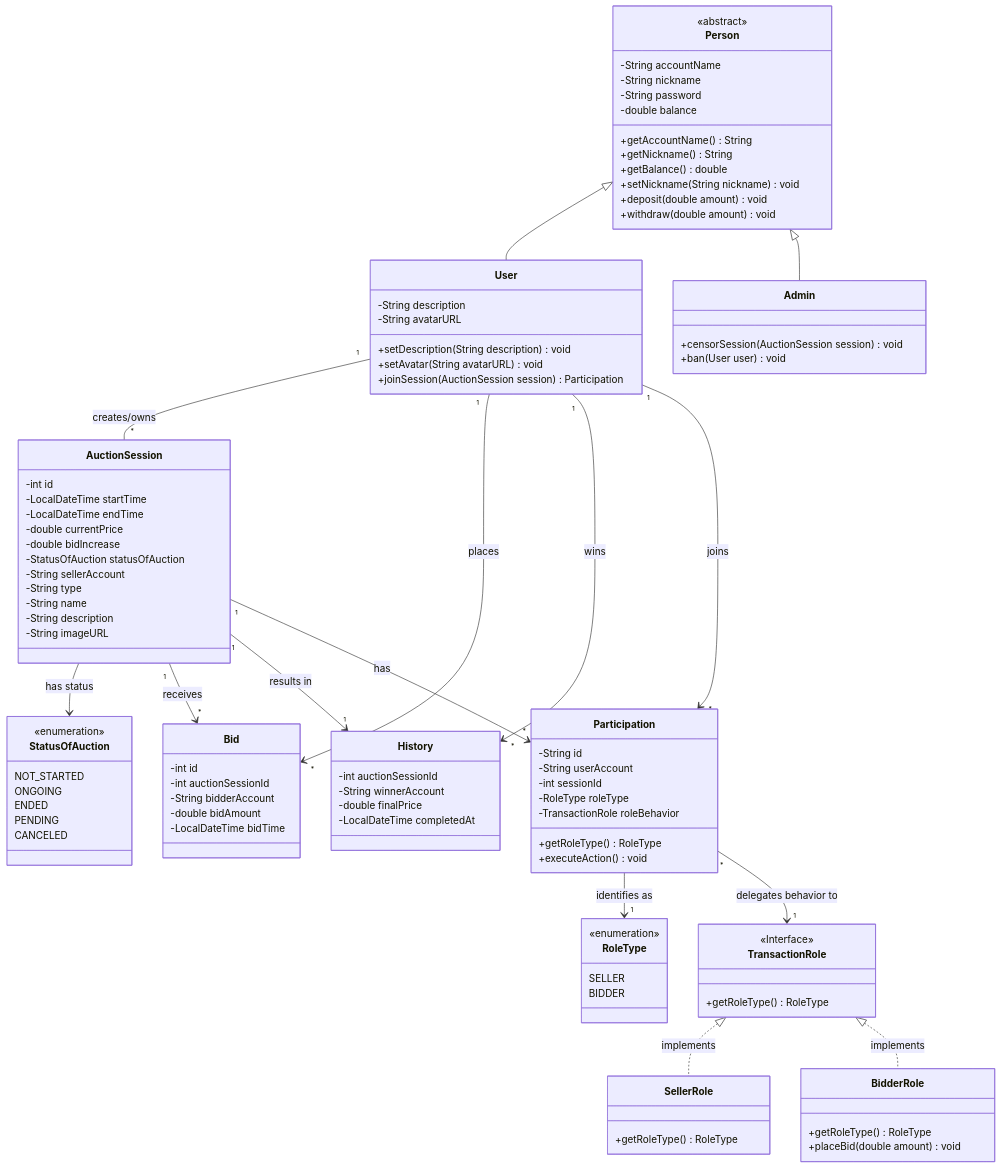
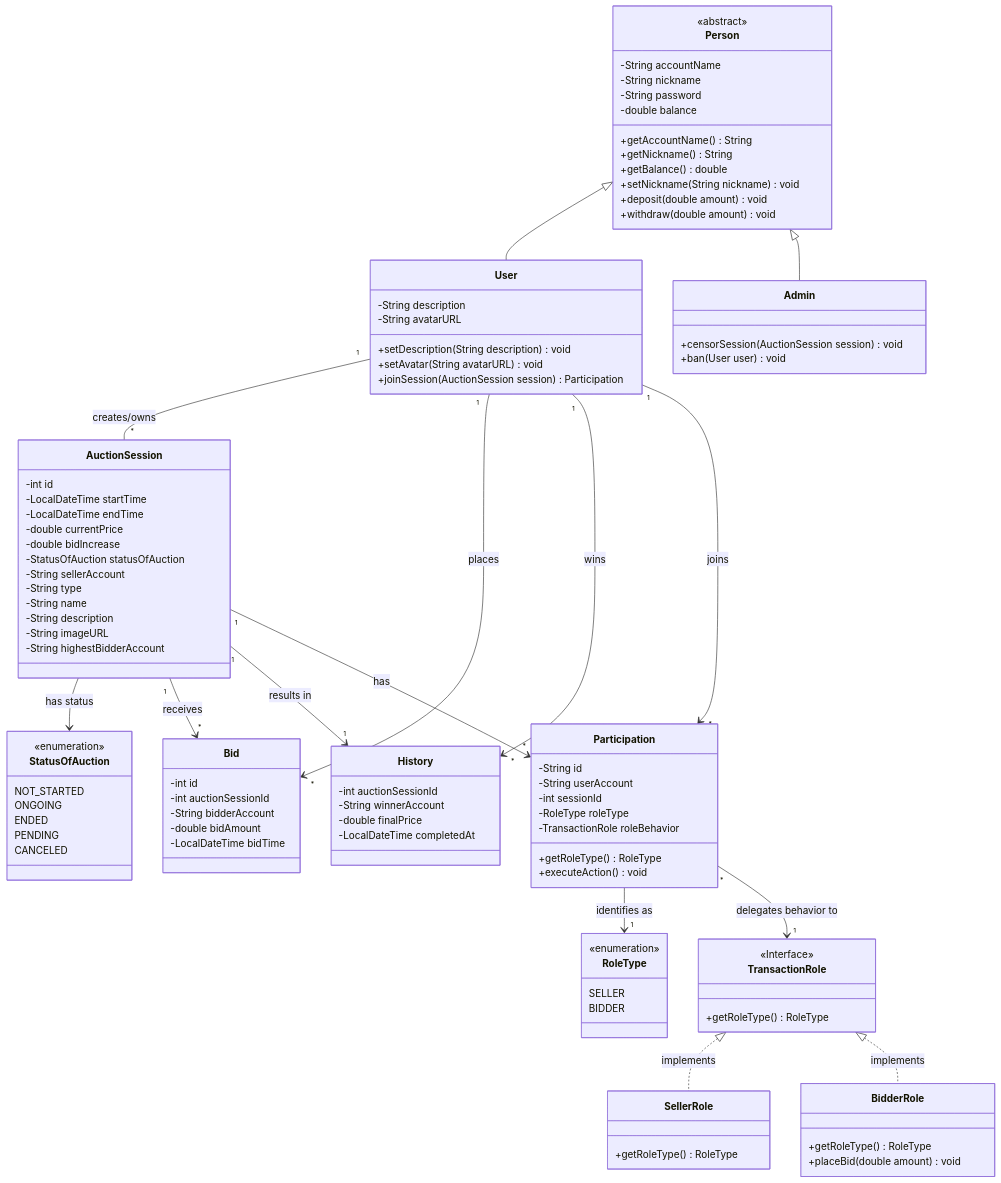
Before and after one commit to phudeptraibodoithe/Bai-tap-lon-nhom-6: the diagram in README.md, drawn with Mermaid. The commit also changed 31 other files, not shown here.

```diff
--- a/README.md
+++ b/README.md
@@ -60,6 +60,7 @@
         -String name
         -String description
         -String imageURL
+        -String highestBidderAccount
     }
 
     %% Kết nối AuctionSession với Enum Status
```
